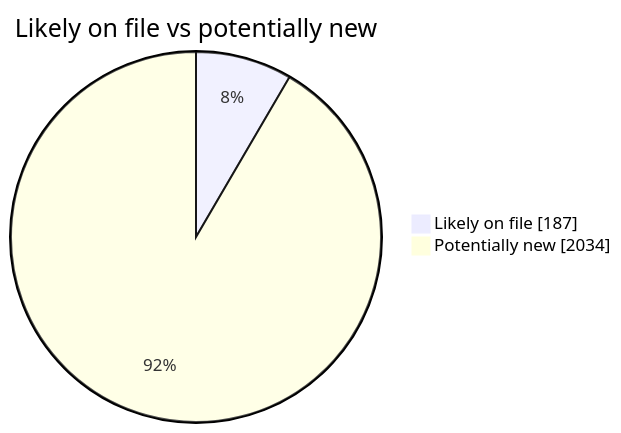
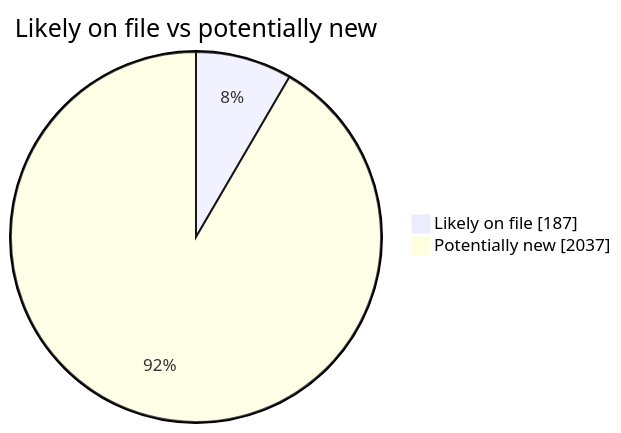
Before and after one commit to martinbalfanz/social-scanner-reports: the second of 4 diagrams in README.md, drawn with Mermaid. The commit also changed other lines of this file and 4 other files, not shown here.

````diff
--- a/README.md
+++ b/README.md
@@ -40,5 +40,5 @@
 ```mermaid
 pie showData title Likely on file vs potentially new
     "Likely on file" : 187
-    "Potentially new" : 2034
+    "Potentially new" : 2037
 ```
````
